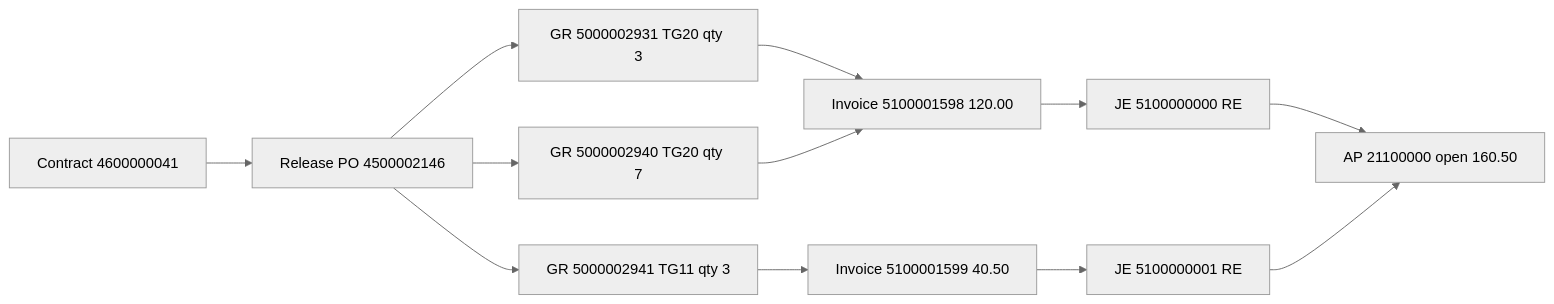
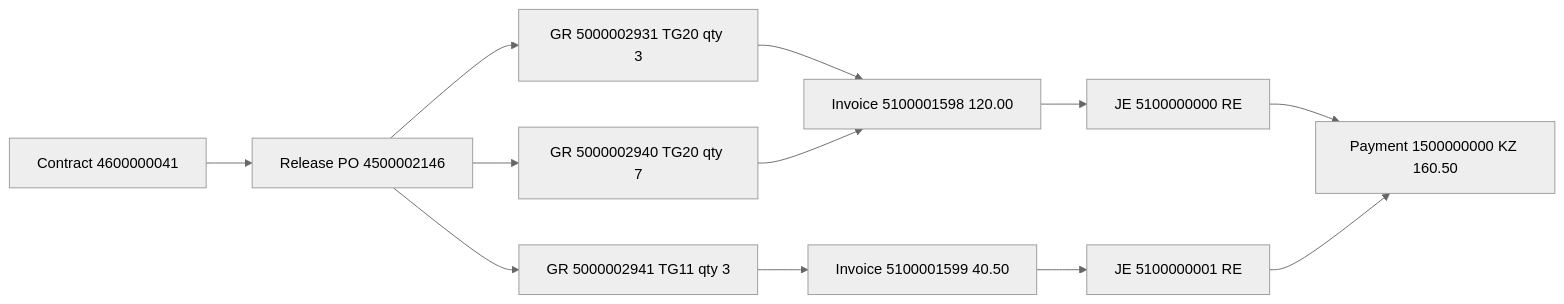
Before and after one commit to aleo25672/sap-dex2file: the diagram in docs/CONTRACT_TO_PAYMENT.md, drawn with Mermaid (neutral theme). The commit also changed other lines of this file and 8 other files, not shown here.

````diff
--- a/docs/CONTRACT_TO_PAYMENT.md
+++ b/docs/CONTRACT_TO_PAYMENT.md
@@ -11,25 +11,25 @@
 ```mermaid
 flowchart LR
   contract["Contract 4600000041"]
   po["Release PO 4500002146"]
   gr20a["GR 5000002931 TG20 qty 3"]
   gr20b["GR 5000002940 TG20 qty 7"]
   gr10["GR 5000002941 TG11 qty 3"]
   inv1["Invoice 5100001598 120.00"]
   inv2["Invoice 5100001599 40.50"]
   je1["JE 5100000000 RE"]
   je2["JE 5100000001 RE"]
-  ap["AP 21100000 open 160.50"]
+  pay["Payment 1500000000 KZ 160.50"]
 
   contract --> po
   po --> gr20a
   po --> gr20b
   po --> gr10
   gr20a --> inv1
   gr20b --> inv1
   gr10 --> inv2
   inv1 --> je1
   inv2 --> je2
-  je1 --> ap
-  je2 --> ap
+  je1 --> pay
+  je2 --> pay
 ```
````
